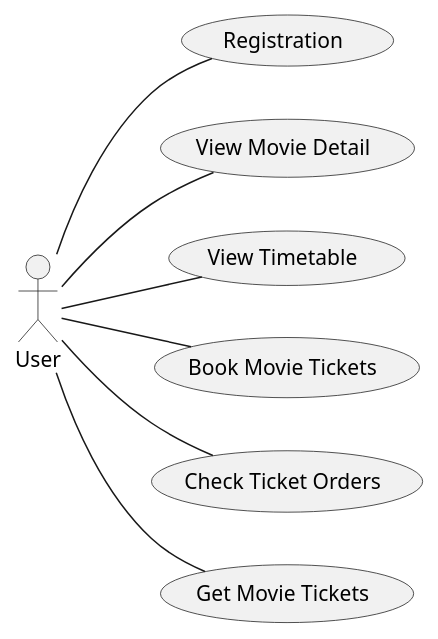
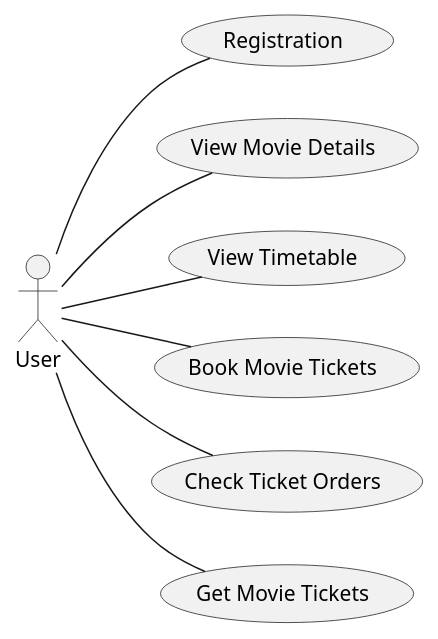
One commit to b4456609/movie-example changed the diagram in diagram/useCase.pu. Above: the diagram before and after it, drawn with PlantUML. The commit also changed 5 other files, not shown here.

Commit message:
replace detail to details

```diff
--- a/diagram/useCase.pu
+++ b/diagram/useCase.pu
@@ -1,9 +1,9 @@
 @startuml
 left to right direction
 :User: -- (Registration)
-:User: -- (View Movie Detail)
+:User: -- (View Movie Details)
 :User: -- (View Timetable)
 :User: -- (Book Movie Tickets)
 :User: -- (Check Ticket Orders)
 :User: -- (Get Movie Tickets)
 @enduml
```
